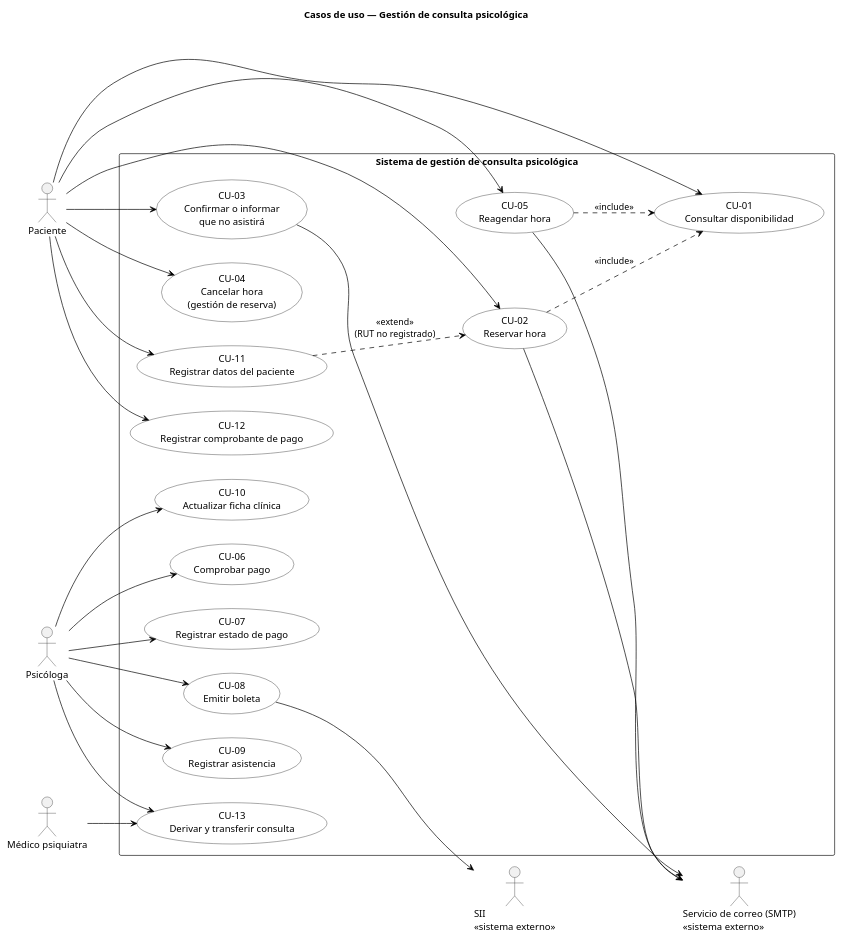
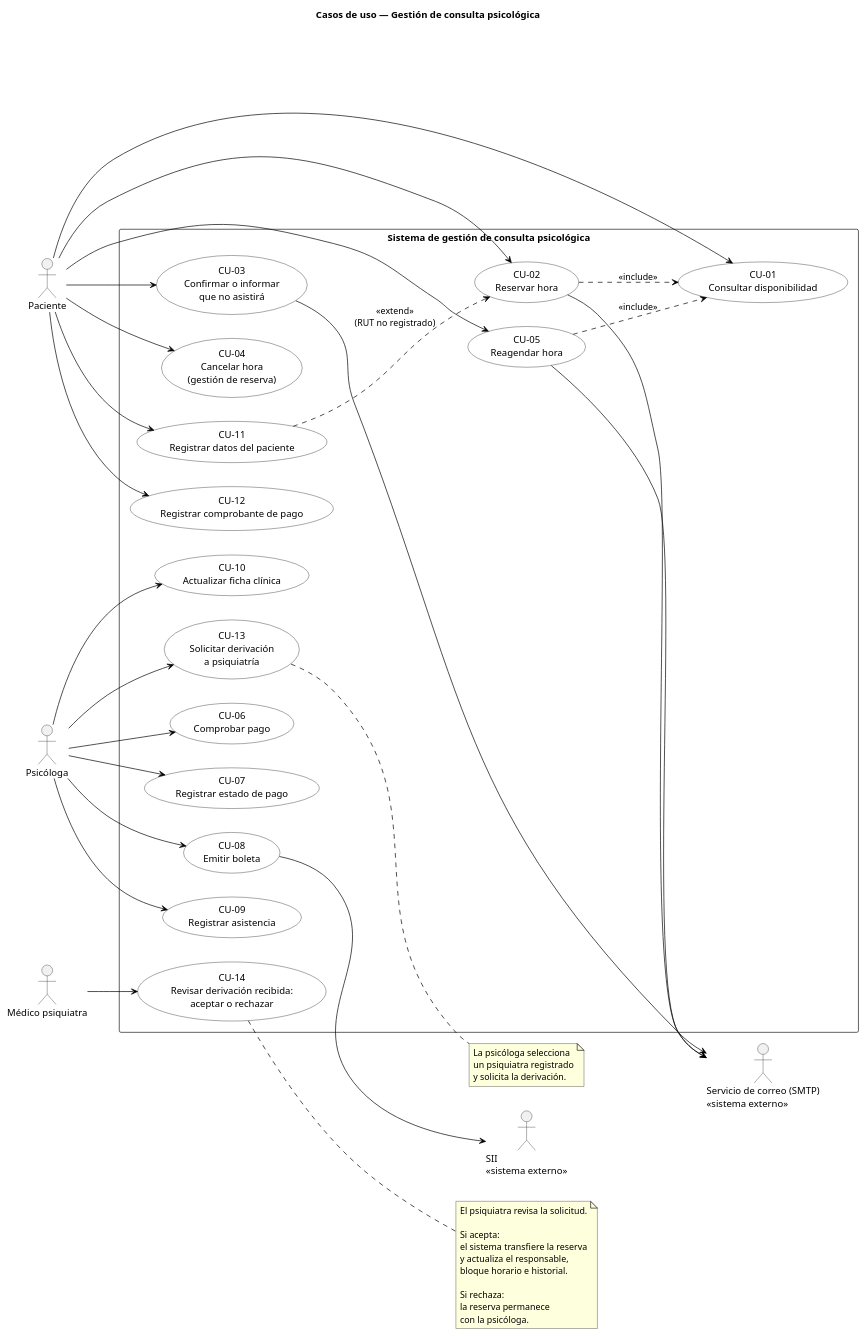
Before and after one commit to gestion-consulta-psicologica/ingenieria-requisitos: the diagram in diagramas/casos-de-uso.puml, drawn with PlantUML.

```diff
--- a/diagramas/casos-de-uso.puml
+++ b/diagramas/casos-de-uso.puml
@@ -1,62 +1,91 @@
 @startuml casos-de-uso
 ' Diagrama de casos de uso — UML 2.0
 left to right direction
 skinparam shadowing false
 skinparam actorStyle stick
 skinparam packageStyle rectangle
 skinparam usecase {
   BackgroundColor White
   BorderColor Black
   ArrowColor Black
 }
 
 title Casos de uso — Gestión de consulta psicológica
 
 actor "Paciente" as PAC
 actor "Psicóloga" as PSI
 actor "Médico psiquiatra" as MED
 actor "Servicio de correo (SMTP)\n<<sistema externo>>" as MSJ
 actor "SII\n<<sistema externo>>" as SII
 
 rectangle "Sistema de gestión de consulta psicológica" {
+
   usecase "CU-01\nConsultar disponibilidad" as CU01
   usecase "CU-02\nReservar hora" as CU02
   usecase "CU-03\nConfirmar o informar\nque no asistirá" as CU03
   usecase "CU-04\nCancelar hora\n(gestión de reserva)" as CU04
   usecase "CU-05\nReagendar hora" as CU05
   usecase "CU-06\nComprobar pago" as CU06
   usecase "CU-07\nRegistrar estado de pago" as CU07
   usecase "CU-08\nEmitir boleta" as CU08
   usecase "CU-09\nRegistrar asistencia" as CU09
   usecase "CU-10\nActualizar ficha clínica" as CU10
   usecase "CU-11\nRegistrar datos del paciente" as CU11
   usecase "CU-12\nRegistrar comprobante de pago" as CU12
-  usecase "CU-13\nDerivar y transferir consulta" as CU13
+
+  ' HU-10: responsabilidades diferenciadas
+  usecase "CU-13\nSolicitar derivación\na psiquiatría" as CU13
+  usecase "CU-14\nRevisar derivación recibida:\naceptar o rechazar" as CU14
 }
 
+' Paciente
 PAC --> CU01
 PAC --> CU02
 PAC --> CU03
 PAC --> CU04
 PAC --> CU05
 PAC --> CU11
 PAC --> CU12
 
+' Psicóloga
 PSI --> CU06
 PSI --> CU07
 PSI --> CU08
 PSI --> CU09
 PSI --> CU10
 PSI --> CU13
-MED --> CU13
 
+' Médico psiquiatra
+MED --> CU14
+
+' Relaciones
 CU02 ..> CU01 : <<include>>
 CU05 ..> CU01 : <<include>>
 CU11 ..> CU02 : <<extend>>\n(RUT no registrado)
-' CU-03 cubre ambas respuestas; CU-04 es cancelación independiente desde la gestión de la reserva.
 
+' Comunicación externa
 CU02 --> MSJ
 CU03 --> MSJ
 CU05 --> MSJ
 CU08 --> SII
+
+note right of CU13
+  La psicóloga selecciona
+  un psiquiatra registrado
+  y solicita la derivación.
+end note
+
+note right of CU14
+  El psiquiatra revisa la solicitud.
+
+  Si acepta:
+  el sistema transfiere la reserva
+  y actualiza el responsable,
+  bloque horario e historial.
+
+  Si rechaza:
+  la reserva permanece
+  con la psicóloga.
+end note
+
 @enduml
```
